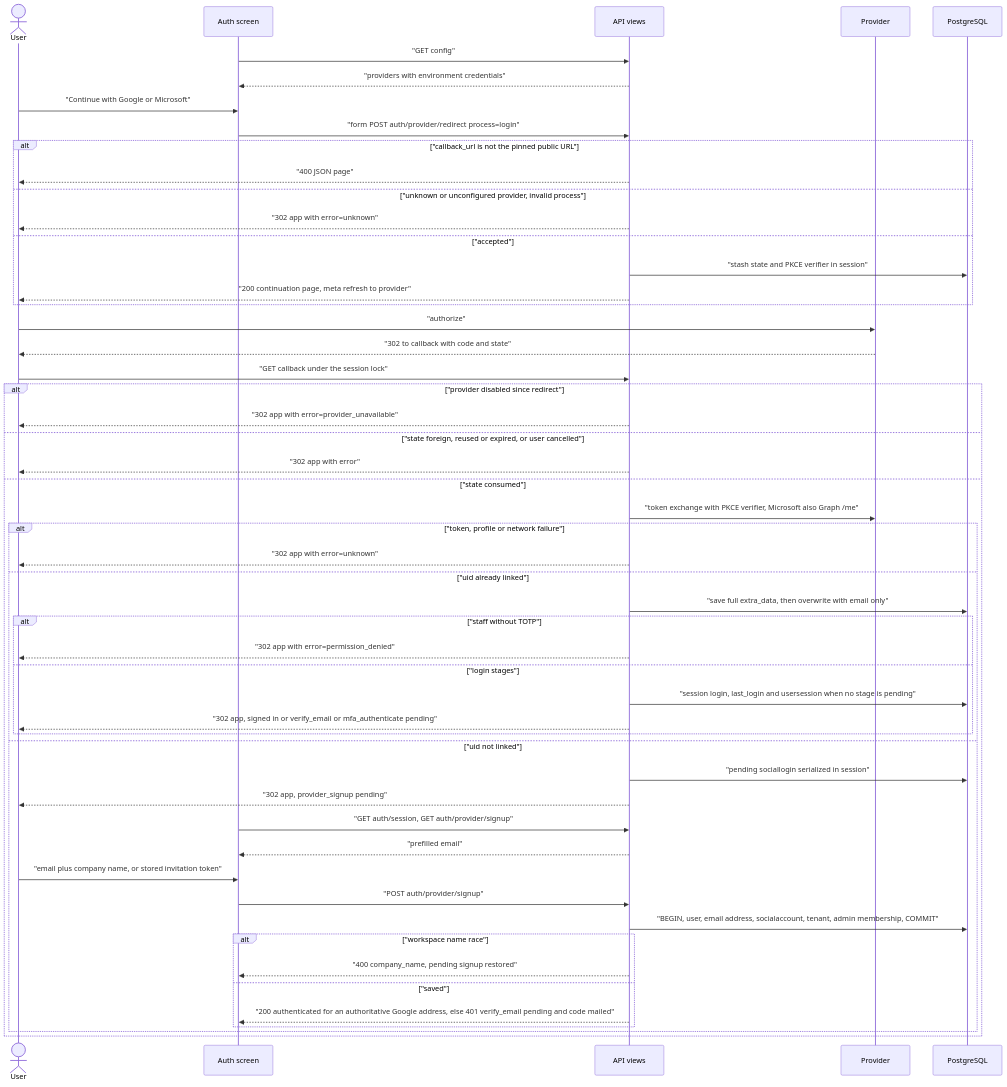
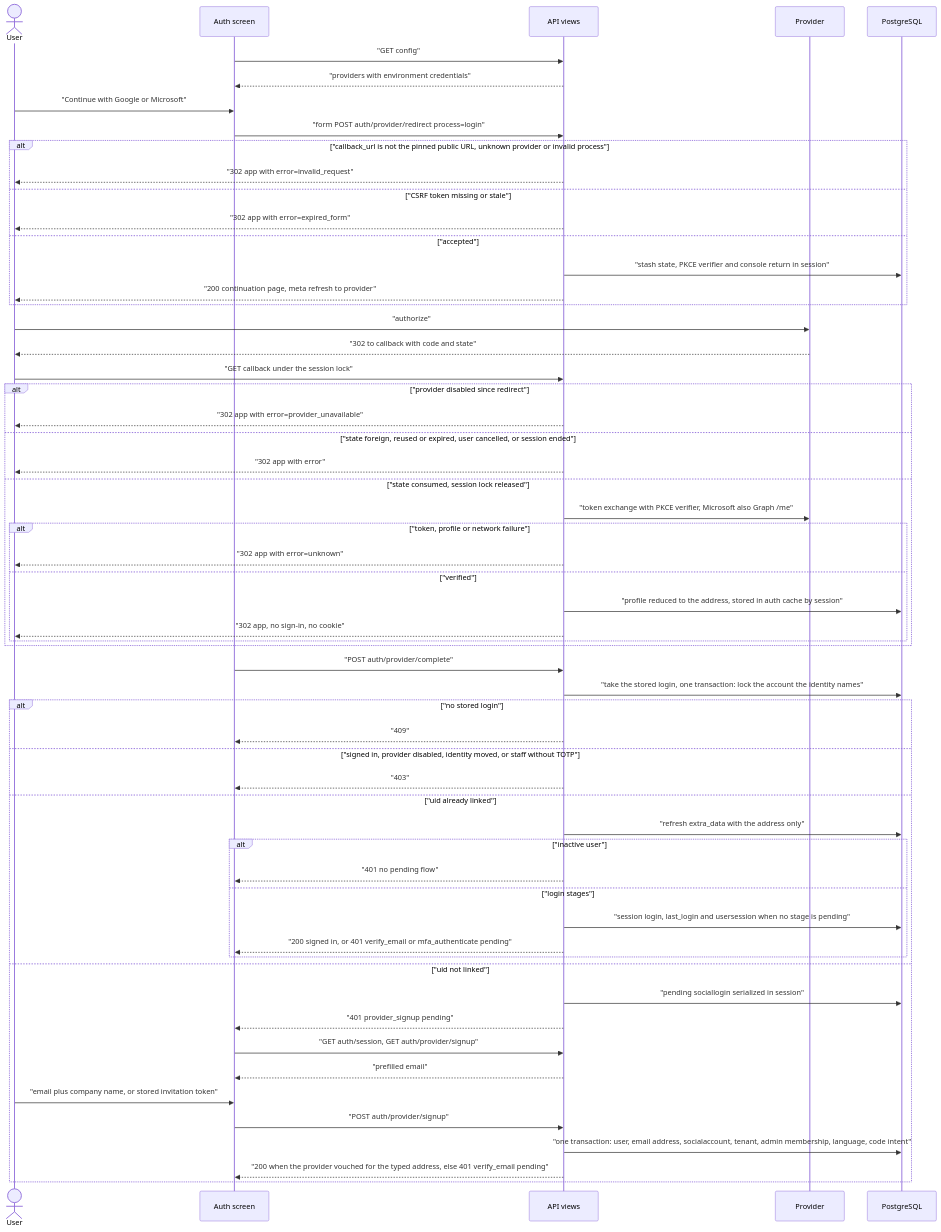
One commit to erkurtharun/pyracast changed the diagram in docs/flows/social-sign-in.md. Above: the diagram before and after it, drawn with Mermaid. The commit also changed other lines of this file and 85 other files, not shown here.

First line of the commit message:
Bring the flow pages in line with the code (#107)

````diff
--- a/docs/flows/social-sign-in.md
+++ b/docs/flows/social-sign-in.md
@@ -16,54 +17,60 @@
 ```mermaid
 sequenceDiagram
     actor U as User
     participant W as Auth screen
     participant V as API views
     participant P as Provider
     participant D as PostgreSQL
     W->>V: "GET config"
     V-->>W: "providers with environment credentials"
     U->>W: "Continue with Google or Microsoft"
     W->>V: "form POST auth/provider/redirect process=login"
-    alt "callback_url is not the pinned public URL"
-        V-->>U: "400 JSON page"
-    else "unknown or unconfigured provider, invalid process"
-        V-->>U: "302 app with error=unknown"
+    alt "callback_url is not the pinned public URL, unknown provider or invalid process"
+        V-->>U: "302 app with error=invalid_request"
+    else "CSRF token missing or stale"
+        V-->>U: "302 app with error=expired_form"
     else "accepted"
-        V->>D: "stash state and PKCE verifier in session"
+        V->>D: "stash state, PKCE verifier and console return in session"
         V-->>U: "200 continuation page, meta refresh to provider"
     end
     U->>P: "authorize"
     P-->>U: "302 to callback with code and state"
     U->>V: "GET callback under the session lock"
     alt "provider disabled since redirect"
         V-->>U: "302 app with error=provider_unavailable"
-    else "state foreign, reused or expired, or user cancelled"
+    else "state foreign, reused or expired, user cancelled, or session ended"
         V-->>U: "302 app with error"
-    else "state consumed"
+    else "state consumed, session lock released"
         V->>P: "token exchange with PKCE verifier, Microsoft also Graph /me"
         alt "token, profile or network failure"
             V-->>U: "302 app with error=unknown"
-        else "uid already linked"
-            V->>D: "save full extra_data, then overwrite with email only"
-            alt "staff without TOTP"
-                V-->>U: "302 app with error=permission_denied"
-            else "login stages"
-                V->>D: "session login, last_login and usersession when no stage is pending"
-                V-->>U: "302 app, signed in or verify_email or mfa_authenticate pending"
-            end
-        else "uid not linked"
-            V->>D: "pending sociallogin serialized in session"
-            V-->>U: "302 app, provider_signup pending"
-            W->>V: "GET auth/session, GET auth/provider/signup"
-            V-->>W: "prefilled email"
-            U->>W: "email plus company name, or stored invitation token"
-            W->>V: "POST auth/provider/signup"
-            V->>D: "BEGIN, user, email address, socialaccount, tenant, admin membership, COMMIT"
-            alt "workspace name race"
-                V-->>W: "400 company_name, pending signup restored"
-            else "saved"
-                V-->>W: "200 authenticated for an authoritative Google address, else 401 verify_email pending and code mailed"
-            end
+        else "verified"
+            V->>D: "profile reduced to the address, stored in auth cache by session"
+            V-->>U: "302 app, no sign-in, no cookie"
         end
     end
+    W->>V: "POST auth/provider/complete"
+    V->>D: "take the stored login, one transaction: lock the account the identity names"
+    alt "no stored login"
+        V-->>W: "409"
+    else "signed in, provider disabled, identity moved, or staff without TOTP"
+        V-->>W: "403"
+    else "uid already linked"
+        V->>D: "refresh extra_data with the address only"
+        alt "inactive user"
+            V-->>W: "401 no pending flow"
+        else "login stages"
+            V->>D: "session login, last_login and usersession when no stage is pending"
+            V-->>W: "200 signed in, or 401 verify_email or mfa_authenticate pending"
+        end
+    else "uid not linked"
+        V->>D: "pending sociallogin serialized in session"
+        V-->>W: "401 provider_signup pending"
+        W->>V: "GET auth/session, GET auth/provider/signup"
+        V-->>W: "prefilled email"
+        U->>W: "email plus company name, or stored invitation token"
+        W->>V: "POST auth/provider/signup"
+        V->>D: "one transaction: user, email address, socialaccount, tenant, admin membership, language, code intent"
+        V-->>W: "200 when the provider vouched for the typed address, else 401 verify_email pending"
+    end
 ```
````
